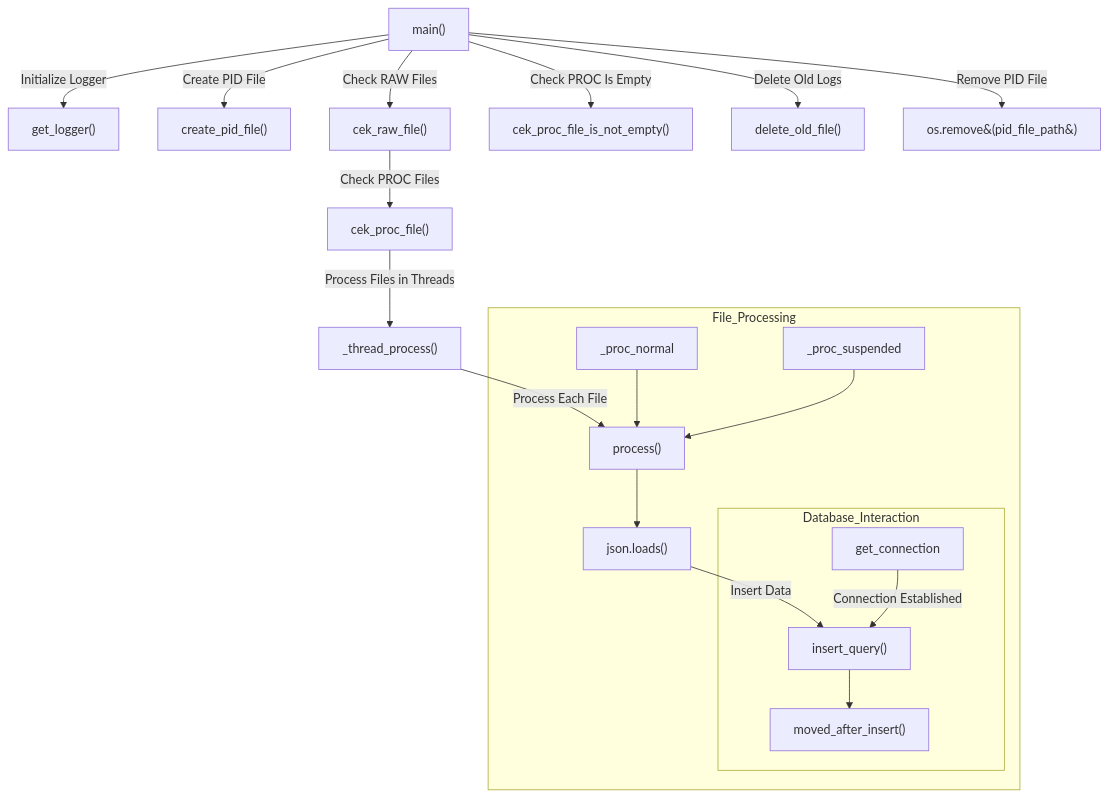
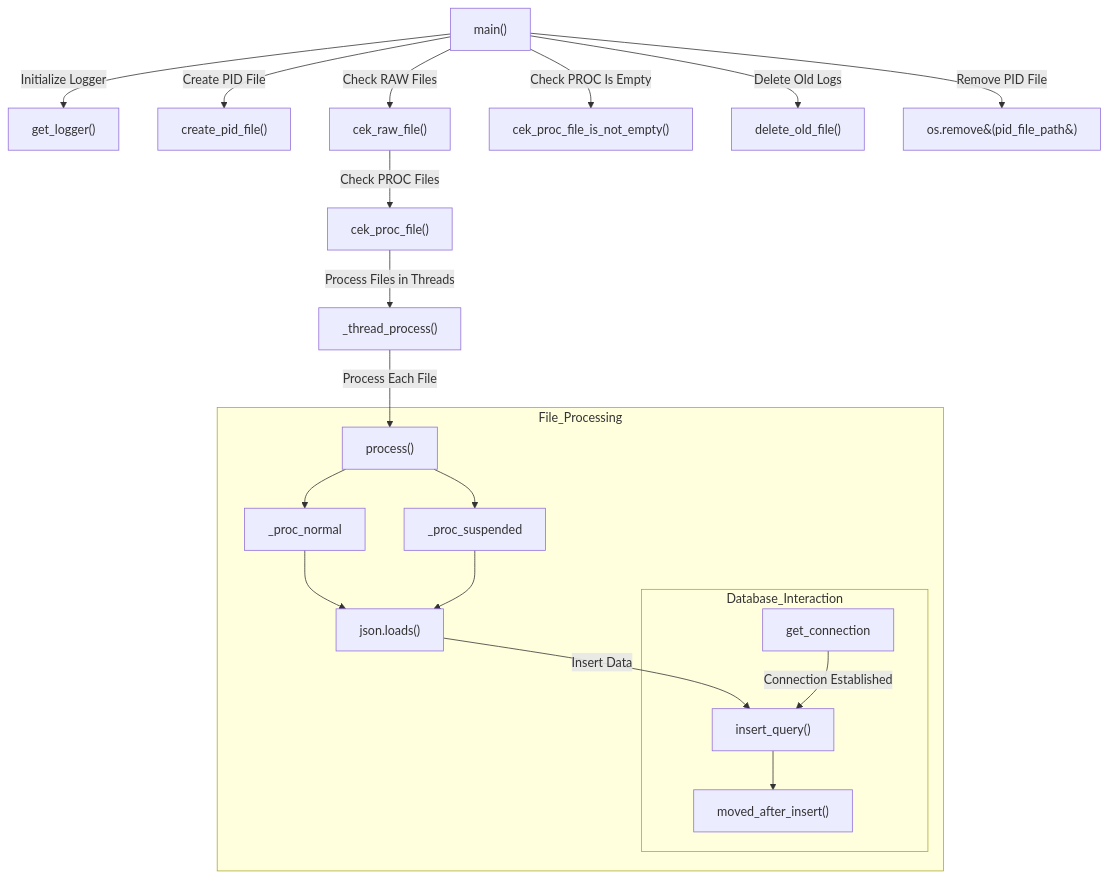
Before and after one commit to maulanaady/psn: the second of 2 diagrams in UDR/parsing_readme.md, drawn with Mermaid.

Commit message:
update readme file

````diff
--- a/UDR/parsing_readme.md
+++ b/UDR/parsing_readme.md
@@ -155,29 +155,28 @@
 ```mermaid
 graph TD;
     A[main#40;#41;] -->|Initialize Logger| B[get_logger#40;#41;];
     A -->|Create PID File| C[create_pid_file#40;#41;];
     A -->|Check RAW Files| D[cek_raw_file#40;#41;];
     D -->|Check PROC Files| E[cek_proc_file#40;#41;];
     E -->|Process Files in Threads| F[_thread_process#40;#41;];
     F -->|Process Each File| G[process#40;#41;];
 
     H -->|Insert Data| I[insert_query#40;#41;];    
 
     A -->|Check PROC Is Empty| K[cek_proc_file_is_not_empty#40;#41;];
     A -->|Delete Old Logs| L[delete_old_file#40;#41;];
     A -->|Remove PID File| M[os.remove&#40;pid_file_path&#41;];
 
     subgraph File_Processing;
-        _proc_normal --> G;
-        _proc_suspended --> G;
-        G --> H[json.loads#40;#41;];
+        G --> _proc_normal --> H[json.loads#40;#41;];
+        G --> _proc_suspended --> H[json.loads#40;#41;];
 
         subgraph Database_Interaction;
         get_connection -->|Connection Established| I;
         I --> J[moved_after_insert#40;#41;]
         end;
 
     end;
 
     
 ```
````
